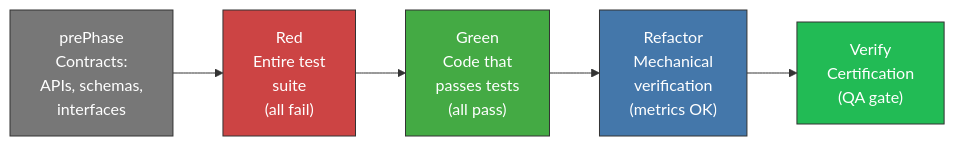
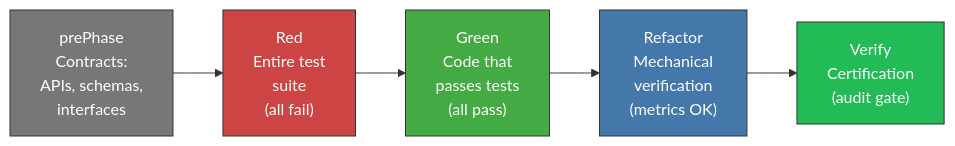
Before and after one commit to virgenherrera/virgil: the first of 2 diagrams in docs/reference/principia/sections/30-execution-pipeline.md, drawn with Mermaid. The commit also changed other lines of this file and 31 other files, not shown here.

````diff
--- a/docs/reference/principia/sections/30-execution-pipeline.md
+++ b/docs/reference/principia/sections/30-execution-pipeline.md
@@ -40,16 +44,16 @@
 ```mermaid
 flowchart LR
     PRE["prePhase\nContracts:\nAPIs, schemas,\ninterfaces"]
     RED["Red\nEntire test\nsuite\n(all fail)"]
     GREEN["Green\nCode that\npasses tests\n(all pass)"]
     REFACTOR["Refactor\nMechanical\nverification\n(metrics OK)"]
-    VERIFY["Verify\nCertification\n(QA gate)"]
+    VERIFY["Verify\nCertification\n(audit gate)"]
 
     PRE --> RED --> GREEN --> REFACTOR --> VERIFY
 
     style PRE fill:#777,stroke:#333,color:#fff
     style RED fill:#c44,stroke:#333,color:#fff
     style GREEN fill:#4a4,stroke:#333,color:#fff
     style REFACTOR fill:#47a,stroke:#333,color:#fff
     style VERIFY fill:#2b5,stroke:#333,color:#fff
 ```
````
